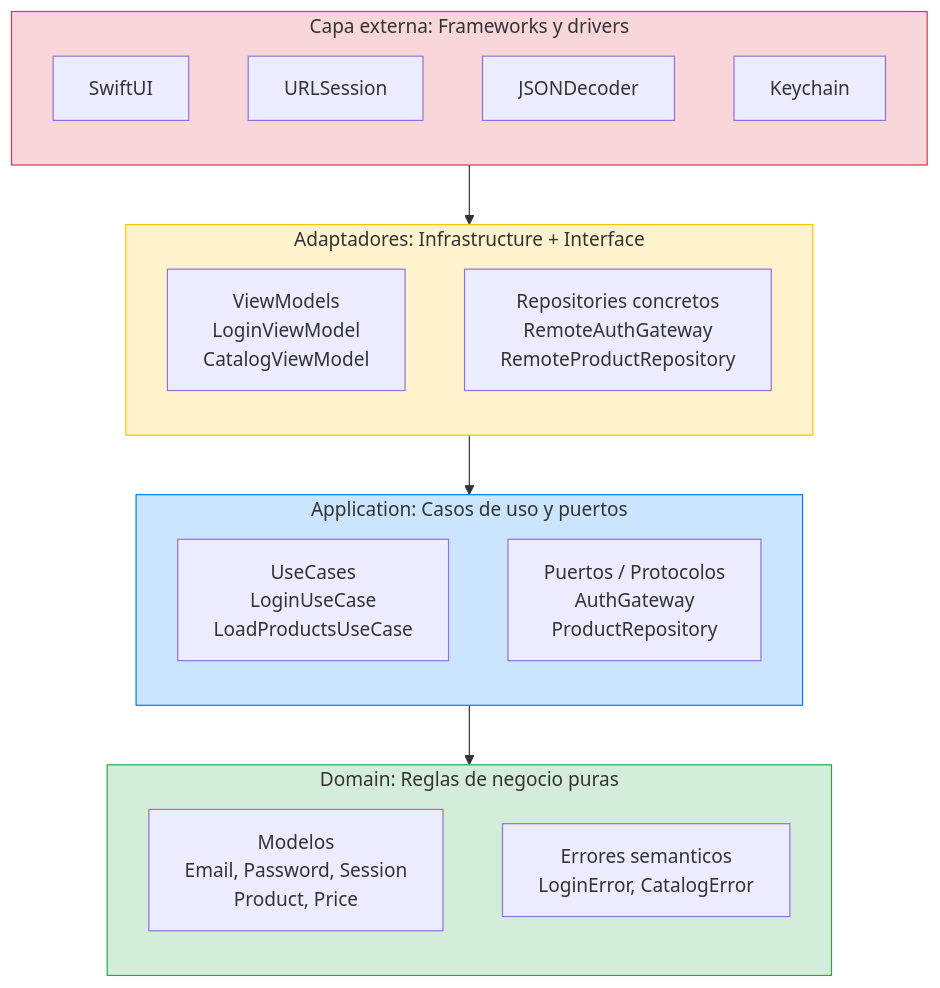
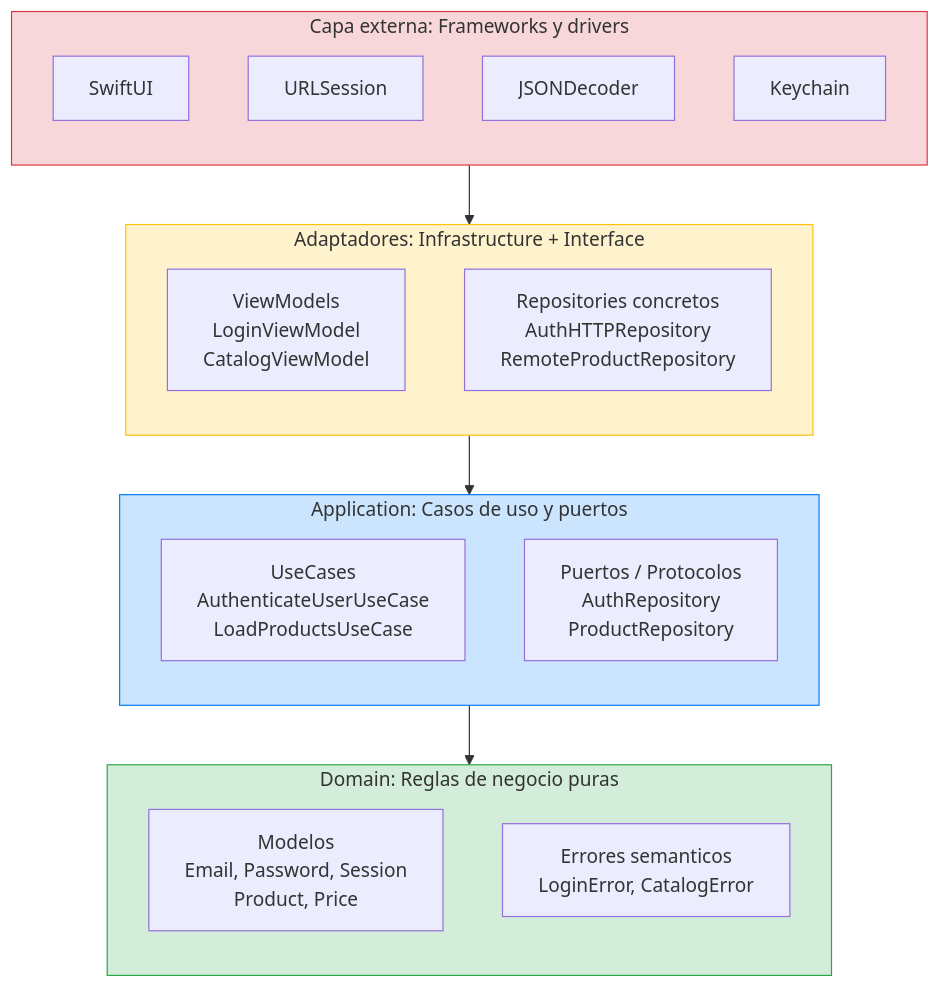
Before and after one commit to SwiftEnProfundidad/stack-my-architecture-ios: the first of 9 diagrams in anexos/diagramas/atlas-arquitectura.md, drawn with Mermaid. The commit also changed other lines of this file and 50 other files, not shown here.

````diff
--- a/anexos/diagramas/atlas-arquitectura.md
+++ b/anexos/diagramas/atlas-arquitectura.md
@@ -26,37 +26,37 @@
 ```mermaid
 graph TB
     subgraph OUTER["Capa externa: Frameworks y drivers"]
         direction TB
         SW["SwiftUI"]
         URL["URLSession"]
         JSON["JSONDecoder"]
         KCH["Keychain"]
     end
 
     subgraph ADAPT["Adaptadores: Infrastructure + Interface"]
         direction TB
         VM["ViewModels<br/>LoginViewModel<br/>CatalogViewModel"]
-        REPO["Repositories concretos<br/>RemoteAuthGateway<br/>RemoteProductRepository"]
+        REPO["Repositories concretos<br/>AuthHTTPRepository<br/>RemoteProductRepository"]
     end
 
     subgraph APP["Application: Casos de uso y puertos"]
         direction TB
-        UC["UseCases<br/>LoginUseCase<br/>LoadProductsUseCase"]
-        PORT["Puertos / Protocolos<br/>AuthGateway<br/>ProductRepository"]
+        UC["UseCases<br/>AuthenticateUserUseCase<br/>LoadProductsUseCase"]
+        PORT["Puertos / Protocolos<br/>AuthRepository<br/>ProductRepository"]
     end
 
     subgraph DOMAIN["Domain: Reglas de negocio puras"]
         direction TB
         ENT["Modelos<br/>Email, Password, Session<br/>Product, Price"]
         ERR["Errores semanticos<br/>LoginError, CatalogError"]
     end
 
     OUTER --> ADAPT
     ADAPT --> APP
     APP --> DOMAIN
 
     style DOMAIN fill:#d4edda,stroke:#28a745
     style APP fill:#cce5ff,stroke:#007bff
     style ADAPT fill:#fff3cd,stroke:#ffc107
     style OUTER fill:#f8d7da,stroke:#dc3545
 ```
````
